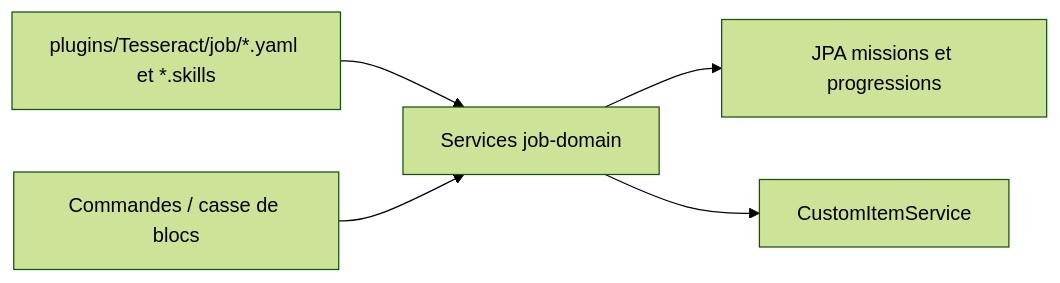
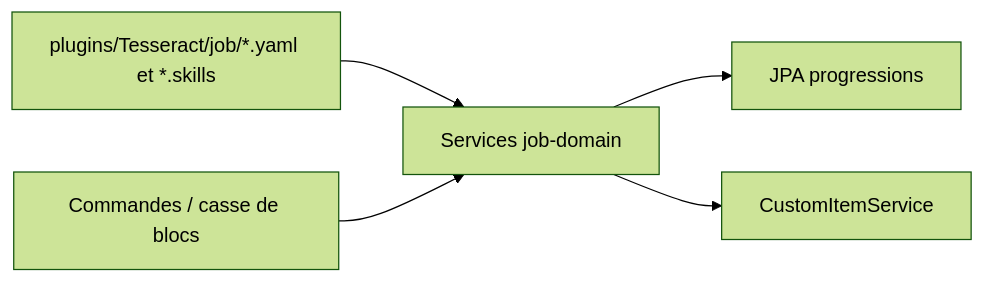
Before and after one commit to TesseractFR/TesseractSRP2: the diagram in job-adapter/spec/job-adapter.md, drawn with Mermaid (forest theme). The commit also changed other lines of this file and 4 other files, not shown here.

````diff
--- a/job-adapter/spec/job-adapter.md
+++ b/job-adapter/spec/job-adapter.md
@@ -7,7 +7,7 @@
 ```mermaid
 flowchart LR
     YAML[plugins/Tesseract/job/*.yaml et *.skills] --> S[Services job-domain]
     Bukkit[Commandes / casse de blocs] --> S
-    S --> JPA[JPA missions et progressions]
+    S --> JPA[JPA progressions]
     S --> ITEMS[CustomItemService]
 ```
````
